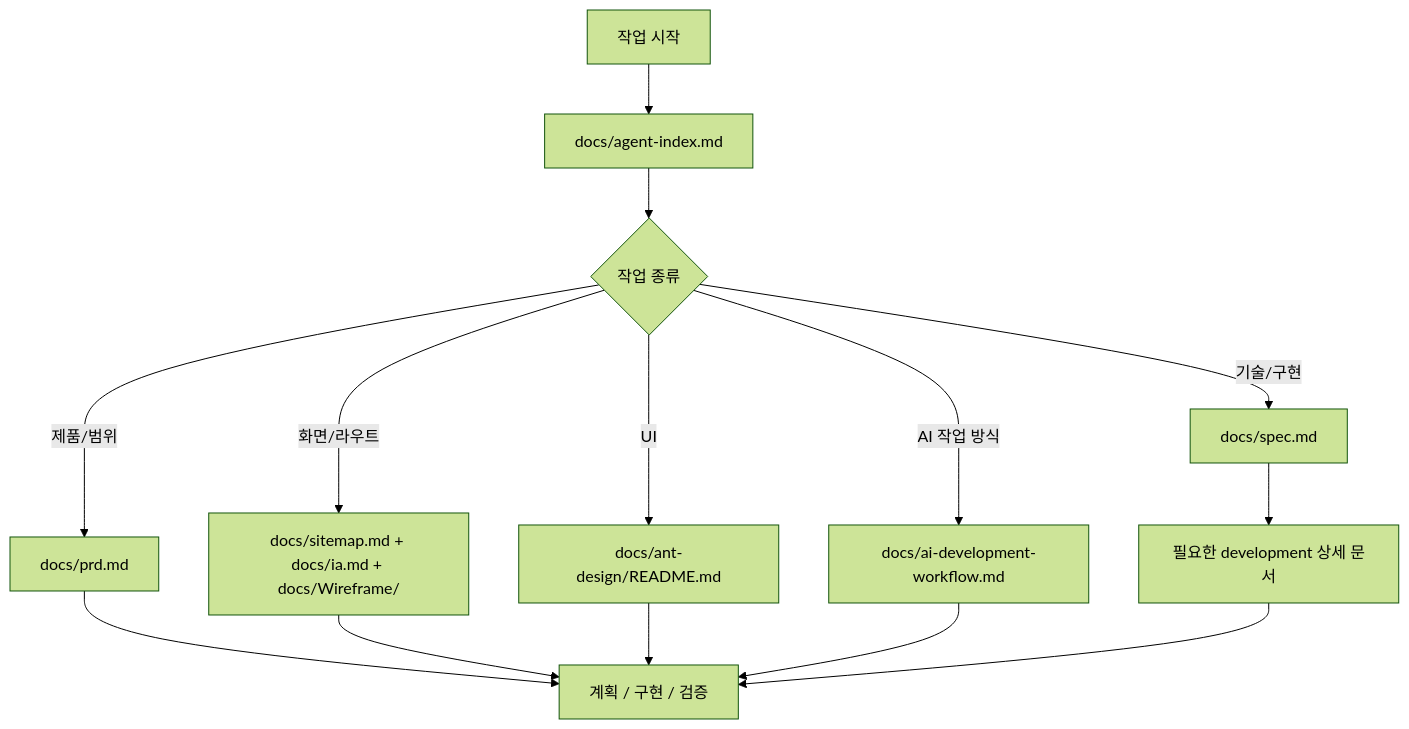
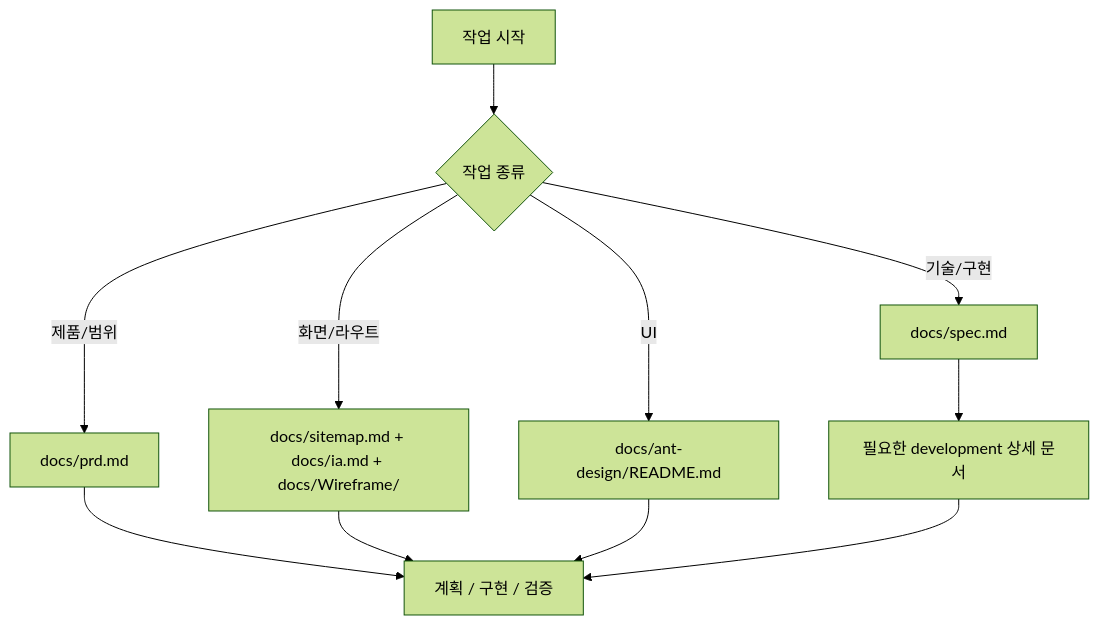
One commit to blackstarzck/topik-project-v13 changed the sixth of 8 diagrams in README.md. Above: the diagram before and after it, drawn with Mermaid (forest theme). The commit also changed other lines of this file and 790 other files, not shown here.

````diff
--- a/README.md
+++ b/README.md
@@ -172,16 +171,13 @@
 ```mermaid
 flowchart TD
-    A["작업 시작"] --> B["docs/agent-index.md"]
-    B --> C{"작업 종류"}
+    A["작업 시작"] --> C{"작업 종류"}
     C -->|"제품/범위"| D["docs/prd.md"]
     C -->|"기술/구현"| E["docs/spec.md"]
     C -->|"화면/라우트"| F["docs/sitemap.md + docs/ia.md + docs/Wireframe/"]
     C -->|"UI"| G["docs/ant-design/README.md"]
-    C -->|"AI 작업 방식"| H["docs/ai-development-workflow.md"]
     E --> I["필요한 development 상세 문서"]
     D --> J["계획 / 구현 / 검증"]
     F --> J
     G --> J
-    H --> J
     I --> J
 ```
````
